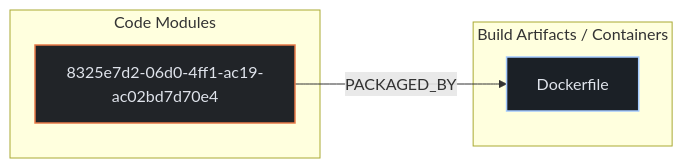
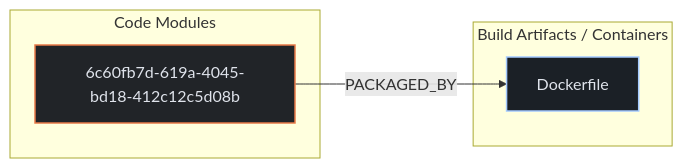
The second of 3 diagrams in exports/latest/reports/hamvocke-spring-testing-report.md (kumarshaz/atruss-code-atlas), drawn with Mermaid before and after one commit. The commit also changed other lines of this file and 51 other files, not shown here.

````diff
--- a/exports/latest/reports/hamvocke-spring-testing-report.md
+++ b/exports/latest/reports/hamvocke-spring-testing-report.md
@@ -118,15 +118,15 @@
 ```mermaid
 flowchart LR
     %% title: Code-to-Cloud Deployment Traceability
     classDef atlasCategory fill:#212428,stroke:#E87A48,stroke-width:1.5px,color:#dfe3eb
     classDef atlasWorkflow fill:#1b2026,stroke:#a3c9ff,stroke-width:1.5px,color:#dfe3eb
     classDef atlasJob fill:#171c22,stroke:#8d9199,stroke-width:1px,color:#dfe3eb
     classDef atlasTarget fill:#005227,stroke:#8bd99b,stroke-width:1.5px,color:#a7f6b6
     subgraph code_modules["Code Modules"]
-        mod_8325e7d2_06d0_4ff1_ac19_ac02bd7d70e4["8325e7d2-06d0-4ff1-ac19-ac02bd7d70e4"]:::atlasCategory
+        mod_6c60fb7d_619a_4045_bd18_412c12c5d08b["6c60fb7d-619a-4045-bd18-412c12c5d08b"]:::atlasCategory
     end
     subgraph build_artifacts["Build Artifacts / Containers"]
         art_Dockerfile["Dockerfile"]:::atlasWorkflow
     end
-    mod_8325e7d2_06d0_4ff1_ac19_ac02bd7d70e4 -->|PACKAGED_BY| art_Dockerfile
+    mod_6c60fb7d_619a_4045_bd18_412c12c5d08b -->|PACKAGED_BY| art_Dockerfile
 ```
````
